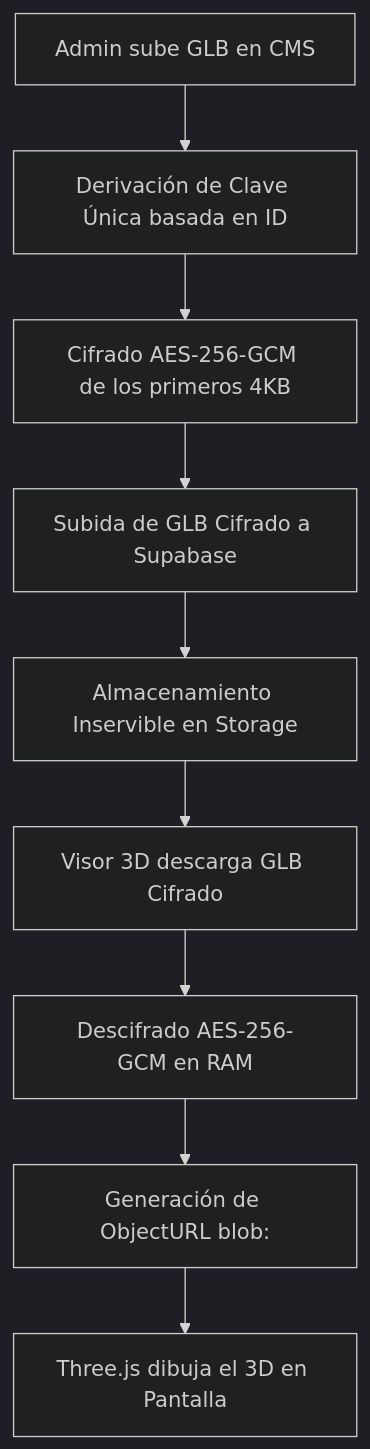
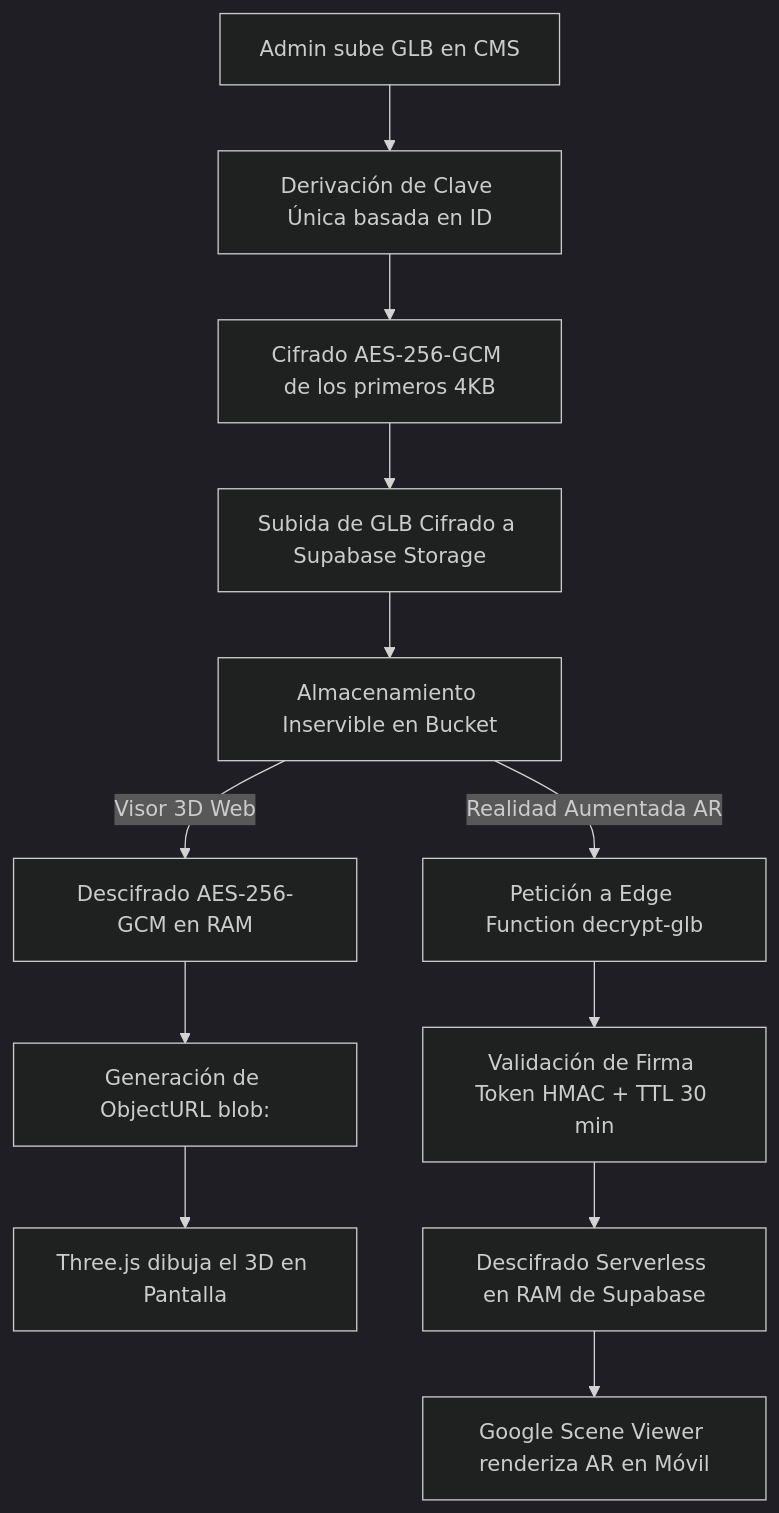
One commit to mariomojicastyle/mmapp changed the diagram in docs/Seguridad.md. Above: the diagram before and after it, drawn with Mermaid (dark theme). The commit also changed other lines of this file, not shown here.

Commit message:
docs(security): document AR Edge Function decryption proxy and HMAC authentication architecture
Update Seguridad.md with section 4 covering Edge Function decrypt-glb proxy, HMAC-SHA256 token validation, 30-min TTL expiration, no-store headers, and updated Mermaid diagram.

````diff
--- a/docs/Seguridad.md
+++ b/docs/Seguridad.md
@@ -18,11 +18,16 @@
 ```mermaid
 flowchart TD
     A[Admin sube GLB en CMS] --> B[Derivación de Clave Única basada en ID]
     B --> C[Cifrado AES-256-GCM de los primeros 4KB]
-    C --> D[Subida de GLB Cifrado a Supabase]
-    D --> E[Almacenamiento Inservible en Storage]
-    E --> F[Visor 3D descarga GLB Cifrado]
-    F --> G[Descifrado AES-256-GCM en RAM]
-    G --> H[Generación de ObjectURL blob:]
-    H --> I[Three.js dibuja el 3D en Pantalla]
+    C --> D[Subida de GLB Cifrado a Supabase Storage]
+    D --> E[Almacenamiento Inservible en Bucket]
+    
+    E -->|Visor 3D Web| F[Descifrado AES-256-GCM en RAM]
+    F --> G[Generación de ObjectURL blob:]
+    G --> H[Three.js dibuja el 3D en Pantalla]
+
+    E -->|Realidad Aumentada AR| I[Petición a Edge Function decrypt-glb]
+    I --> J[Validación de Firma Token HMAC + TTL 30 min]
+    J --> K[Descifrado Serverless en RAM de Supabase]
+    K --> L[Google Scene Viewer renderiza AR en Móvil]
 ```
````
